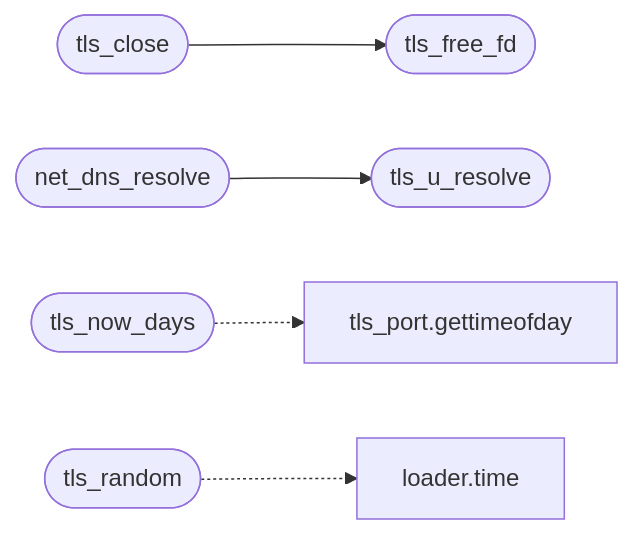
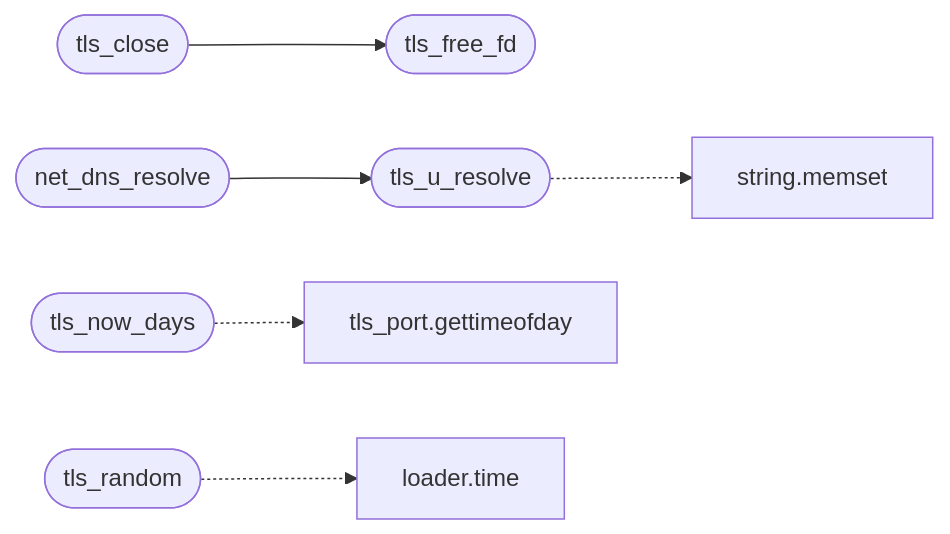
One commit to grisuno/miniOS changed the diagram in readmenator-apidocs/modules/progs.tls_u.tls_u_port.c.md. Above: the diagram before and after it, drawn with Mermaid. The commit also changed other lines of this file and 222 other files, not shown here.

````diff
--- a/readmenator-apidocs/modules/progs.tls_u.tls_u_port.c.md
+++ b/readmenator-apidocs/modules/progs.tls_u.tls_u_port.c.md
@@ -16,15 +16,17 @@
 ```mermaid
 flowchart LR
     n_progs_tls_u_tls_u_port_c__tls_close(["tls_close"])
     n_progs_tls_u_tls_u_port_c__tls_free_fd(["tls_free_fd"])
     n_progs_tls_u_tls_u_port_c__net_dns_resolve(["net_dns_resolve"])
     n_progs_tls_u_tls_u_port_c__tls_u_resolve(["tls_u_resolve"])
     n_progs_tls_u_tls_u_port_c__tls_now_days(["tls_now_days"])
     n_headers_tls_port_h__gettimeofday["tls_port.gettimeofday"]
     n_progs_tls_u_tls_u_port_c__tls_random(["tls_random"])
     n_kernel_loader_c__time["loader.time"]
+    n_kernel_string_c__memset["string.memset"]
     n_progs_tls_u_tls_u_port_c__tls_close --> n_progs_tls_u_tls_u_port_c__tls_free_fd
     n_progs_tls_u_tls_u_port_c__net_dns_resolve --> n_progs_tls_u_tls_u_port_c__tls_u_resolve
     n_progs_tls_u_tls_u_port_c__tls_now_days -.-> n_headers_tls_port_h__gettimeofday
     n_progs_tls_u_tls_u_port_c__tls_random -.-> n_kernel_loader_c__time
+    n_progs_tls_u_tls_u_port_c__tls_u_resolve -.-> n_kernel_string_c__memset
 ```
````
